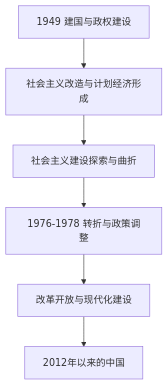
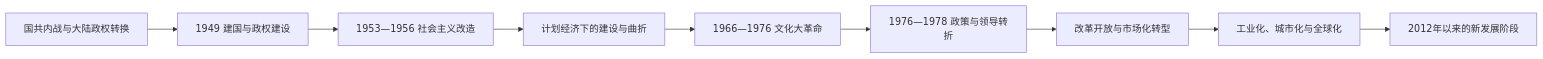
One commit to tianlan-dev/learning-notes changed the diagram in 人文科学/历史/东亚/中国/中华人民共和国/README.md. Above: the diagram before and after it, drawn with Mermaid. The commit also changed other lines of this file and 1417 other files, not shown here.

````diff
--- a/人文科学/历史/东亚/中国/中华人民共和国/README.md
+++ b/人文科学/历史/东亚/中国/中华人民共和国/README.md
@@ -16,8 +19,11 @@
 ```mermaid
-flowchart TD
-    Founding["1949 建国与政权建设"] --> Transformation["社会主义改造与计划经济形成"]
-    Transformation --> Exploration["社会主义建设探索与曲折"]
-    Exploration --> Transition["1976-1978 转折与政策调整"]
-    Transition --> Reform["改革开放与现代化建设"]
-    Reform --> Contemporary["2012年以来的中国"]
+flowchart LR
+  CivilWar["国共内战与大陆政权转换"] --> Founding["1949 建国与政权建设"]
+  Founding --> Transformation["1953—1956 社会主义改造"]
+  Transformation --> Planning["计划经济下的建设与曲折"]
+  Planning --> CulturalRevolution["1966—1976 文化大革命"]
+  CulturalRevolution --> Transition["1976—1978 政策与领导转折"]
+  Transition --> Reform["改革开放与市场化转型"]
+  Reform --> Globalization["工业化、城市化与全球化"]
+  Globalization --> NewStage["2012年以来的新发展阶段"]
 ```
````
